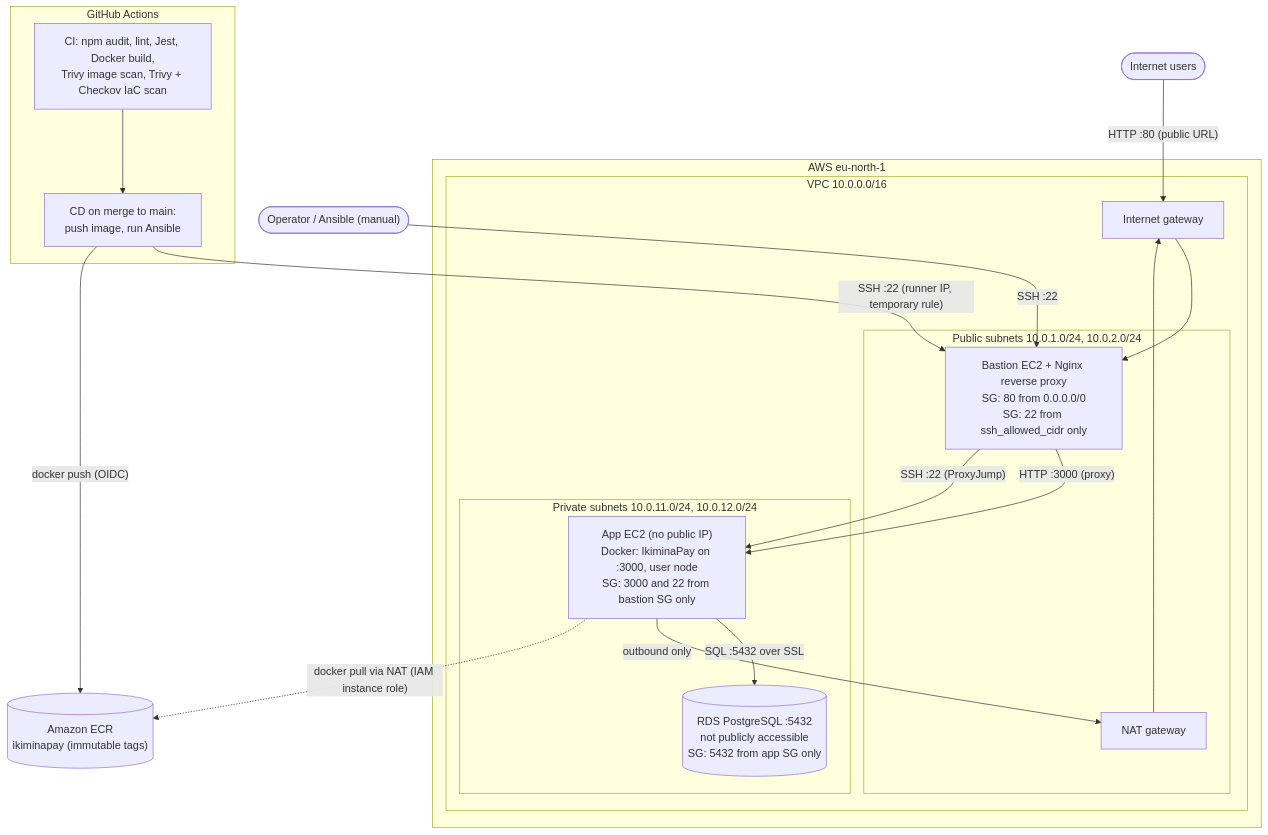
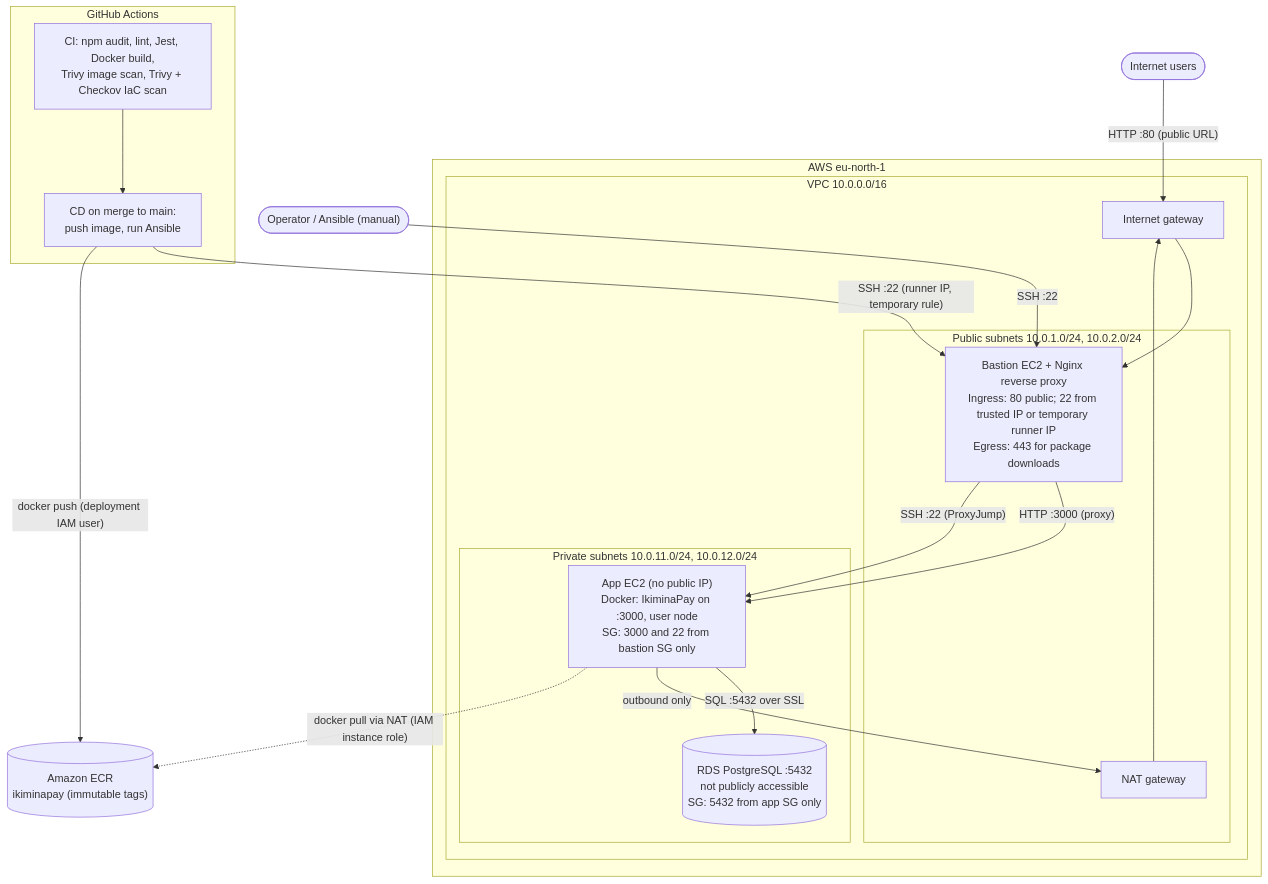
The diagram in README.md (Ibrahim-Iradukunda/IkiminaPay), drawn with Mermaid before and after one commit. The commit also changed other lines of this file, not shown here.

Commit message:
docs: update deployment operations guide

````diff
--- a/README.md
+++ b/README.md
@@ -51,43 +51,43 @@
 ```mermaid
 flowchart TB
     user(["Internet users"])
     operator(["Operator / Ansible (manual)"])
 
     subgraph GH["GitHub Actions"]
         ci["CI: npm audit, lint, Jest, Docker build,<br/>Trivy image scan, Trivy + Checkov IaC scan"]
         cd["CD on merge to main:<br/>push image, run Ansible"]
         ci --> cd
     end
 
     ecr[("Amazon ECR<br/>ikiminapay (immutable tags)")]
 
     subgraph AWS["AWS eu-north-1"]
         subgraph VPC["VPC 10.0.0.0/16"]
             igw["Internet gateway"]
 
             subgraph PUB["Public subnets 10.0.1.0/24, 10.0.2.0/24"]
-                bastion["Bastion EC2 + Nginx reverse proxy<br/>SG: 80 from 0.0.0.0/0<br/>SG: 22 from ssh_allowed_cidr only"]
+                bastion["Bastion EC2 + Nginx reverse proxy<br/>Ingress: 80 public; 22 from trusted IP or temporary runner IP<br/>Egress: 443 for package downloads"]
                 nat["NAT gateway"]
             end
 
             subgraph PRIV["Private subnets 10.0.11.0/24, 10.0.12.0/24"]
                 app["App EC2 (no public IP)<br/>Docker: IkiminaPay on :3000, user node<br/>SG: 3000 and 22 from bastion SG only"]
                 rds[("RDS PostgreSQL :5432<br/>not publicly accessible<br/>SG: 5432 from app SG only")]
             end
         end
     end
 
     user -->|"HTTP :80 (public URL)"| igw
     igw --> bastion
     bastion -->|"HTTP :3000 (proxy)"| app
     app -->|"SQL :5432 over SSL"| rds
 
     operator -->|"SSH :22"| bastion
     cd -->|"SSH :22 (runner IP, temporary rule)"| bastion
     bastion -->|"SSH :22 (ProxyJump)"| app
 
-    cd -->|"docker push (OIDC)"| ecr
+    cd -->|"docker push (deployment IAM user)"| ecr
     app -->|"outbound only"| nat
     nat --> igw
     app -.->|"docker pull via NAT (IAM instance role)"| ecr
 ```
````
